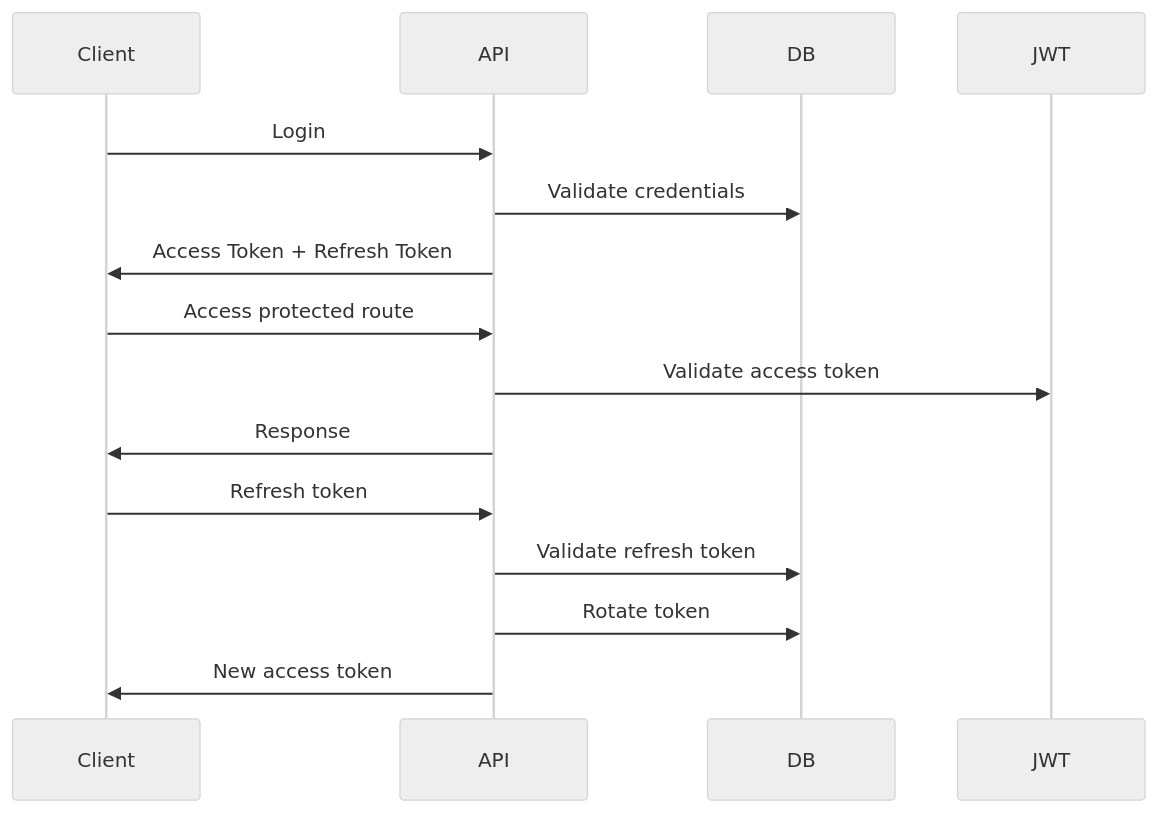
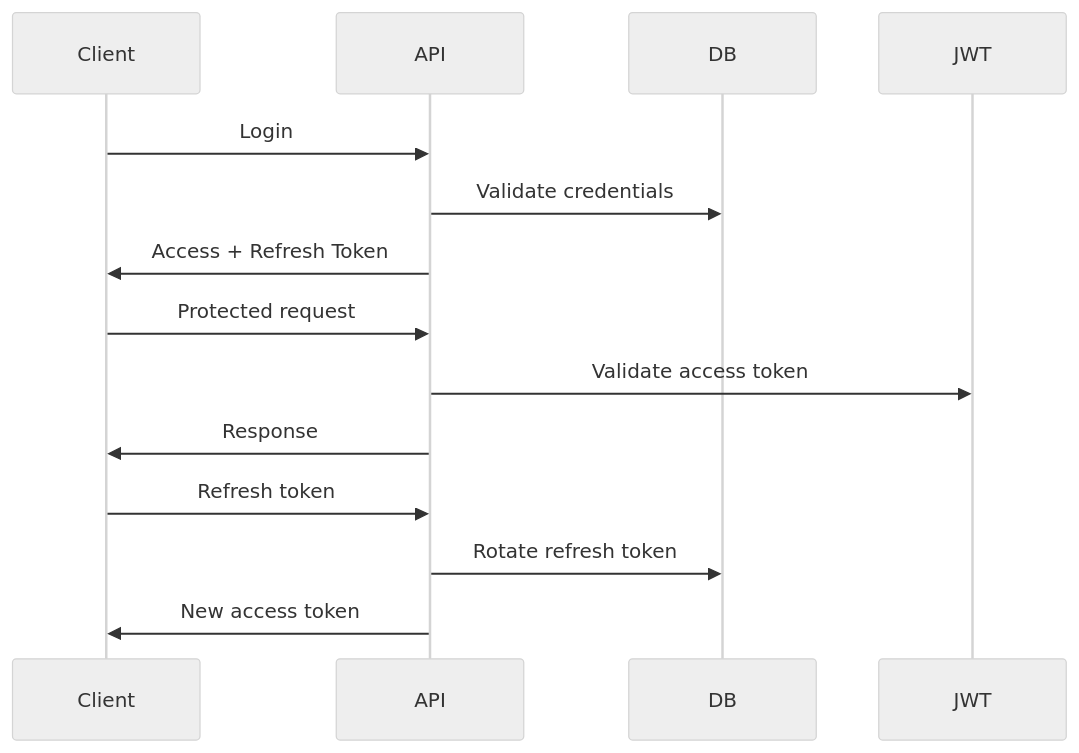
One commit to sebasolarte22/knowledge-hub-api changed the third of 3 diagrams in api/README.md. Above: the diagram before and after it, drawn with Mermaid (neutral theme). The commit also changed other lines of this file, not shown here.

Commit message:
feat: project api updated

````diff
--- a/api/README.md
+++ b/api/README.md
@@ -171,16 +261,15 @@
 ```mermaid
 sequenceDiagram
 
 Client->>API: Login
 API->>DB: Validate credentials
-API->>Client: Access Token + Refresh Token
+API->>Client: Access + Refresh Token
 
-Client->>API: Access protected route
+Client->>API: Protected request
 API->>JWT: Validate access token
 API->>Client: Response
 
 Client->>API: Refresh token
-API->>DB: Validate refresh token
-API->>DB: Rotate token
+API->>DB: Rotate refresh token
 API->>Client: New access token
 ```
````
